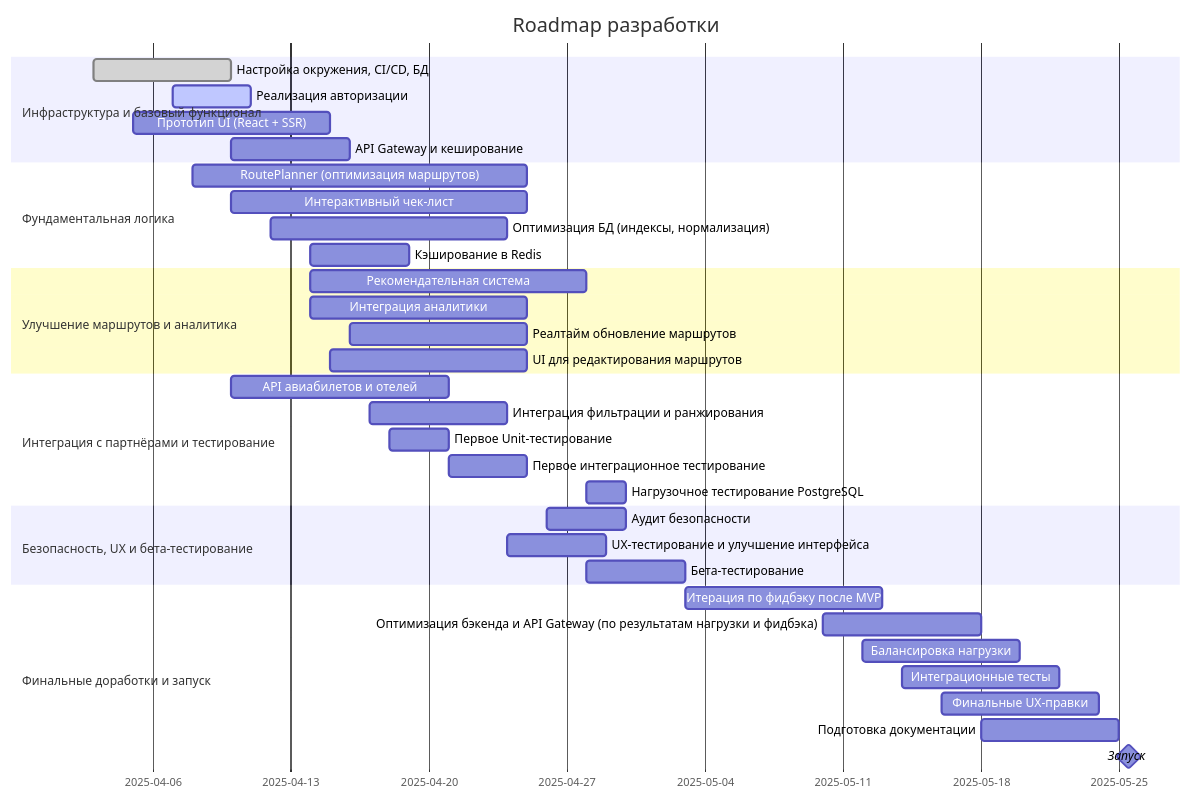
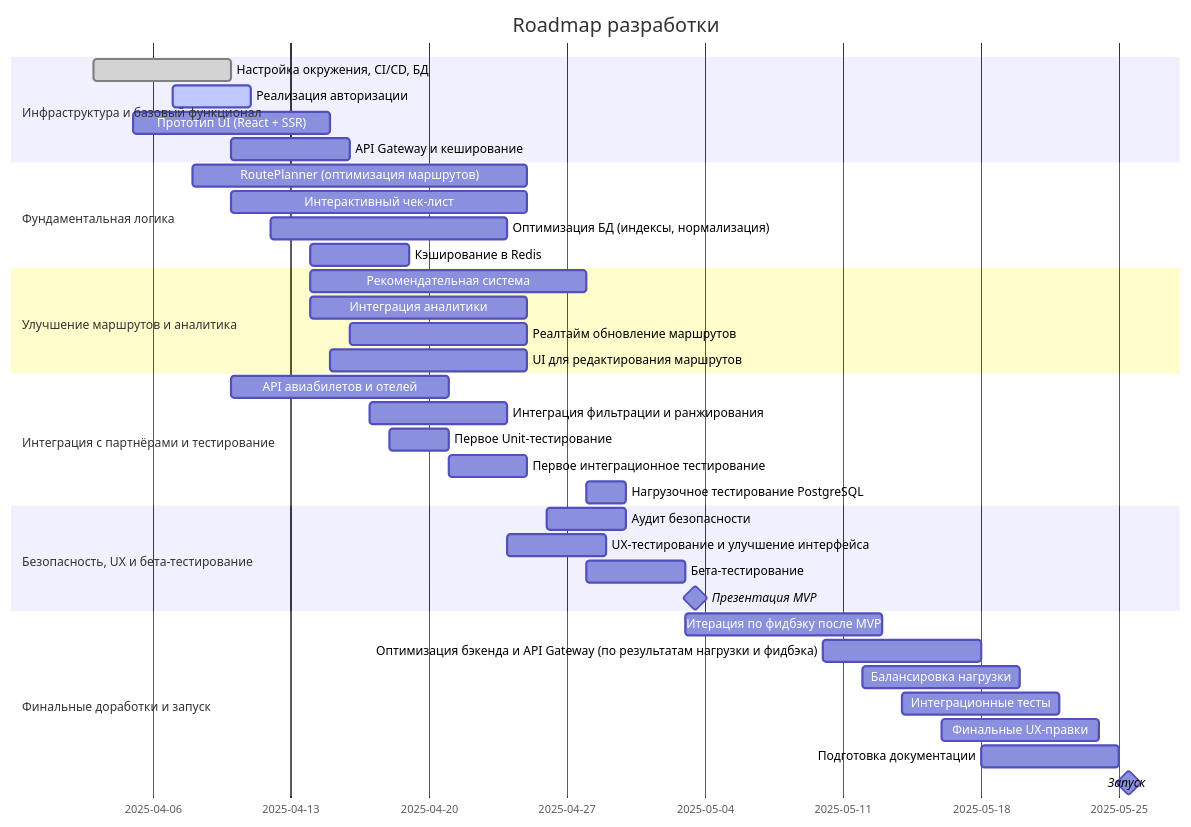
The diagram in Документация/Разработка материалы/Roadmap разработки.md (kayukovzakhar/TRPO_Travel_Planning_Service), drawn with Mermaid before and after one commit.

Commit message:
Update Roadmap разработки.md

````diff
--- a/Документация/Разработка материалы/Roadmap разработки.md
+++ b/Документация/Разработка материалы/Roadmap разработки.md
@@ -4,43 +4,44 @@
 ```mermaid
 gantt
     title Roadmap разработки
     dateFormat  YYYY-MM-DD
     section Инфраструктура и базовый функционал
     Настройка окружения, CI/CD, БД        :done, 2025-04-03, 2025-04-10
     Реализация авторизации                :active, 2025-04-07, 2025-04-11
     Прототип UI (React + SSR)             :2025-04-05, 2025-04-15
     API Gateway и кеширование             :2025-04-10, 2025-04-16
 
     section Фундаментальная логика
     RoutePlanner (оптимизация маршрутов)  :2025-04-08, 2025-04-25
     Интерактивный чек-лист                :2025-04-10, 2025-04-25
     Оптимизация БД (индексы, нормализация):2025-04-12, 2025-04-24
     Кэширование в Redis                   :2025-04-14, 2025-04-19
 
     section Улучшение маршрутов и аналитика
     Рекомендательная система              :2025-04-14, 2025-04-28
     Интеграция аналитики                  :2025-04-14, 2025-04-25
     Реалтайм обновление маршрутов         :2025-04-16, 2025-04-25
     UI для редактирования маршрутов       :2025-04-15, 2025-04-25
 
     section Интеграция с партнёрами и тестирование
     API авиабилетов и отелей              :2025-04-10, 2025-04-21
     Интеграция фильтрации и ранжирования  :2025-04-17, 2025-04-24
     Первое Unit-тестирование              :2025-04-18, 2025-04-21
     Первое интеграционное тестирование    :2025-04-21, 2025-04-25
     Нагрузочное тестирование PostgreSQL   :2025-04-28, 2025-04-30
 
     section Безопасность, UX и бета-тестирование
     Аудит безопасности                    :2025-04-26, 2025-04-30
     UX-тестирование и улучшение интерфейса:2025-04-24, 2025-04-29
     Бета-тестирование                     :2025-04-28, 2025-05-03
+    Презентация MVP                       :milestone, 2025-05-03, 1d
 
     section Финальные доработки и запуск
     Итерация по фидбэку после MVP         :2025-05-03, 2025-05-13
     Оптимизация бэкенда и API Gateway (по результатам нагрузки и фидбэка):2025-05-10, 2025-05-18
     Балансировка нагрузки                 :2025-05-12, 2025-05-20
     Интеграционные тесты                  :2025-05-14, 2025-05-22
     Финальные UX-правки                   :2025-05-16, 2025-05-24
     Подготовка документации               :2025-05-18, 2025-05-25
     Запуск                             :milestone, 2025-05-25, 1d
 ```
````
